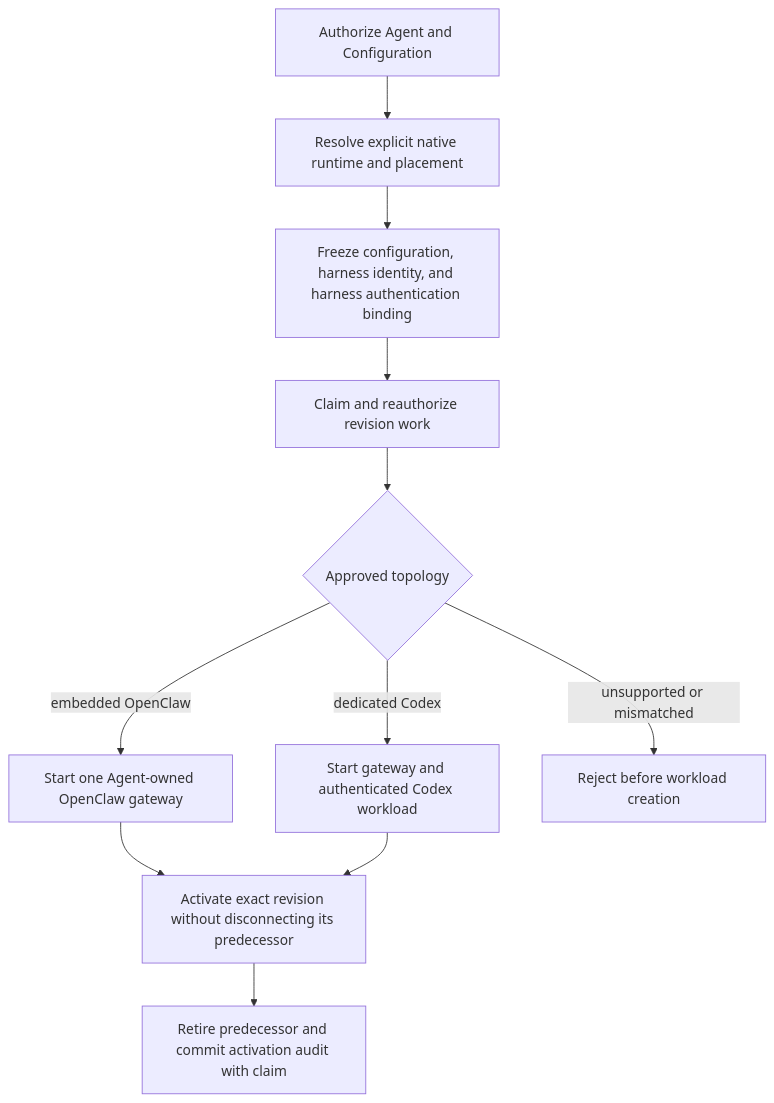
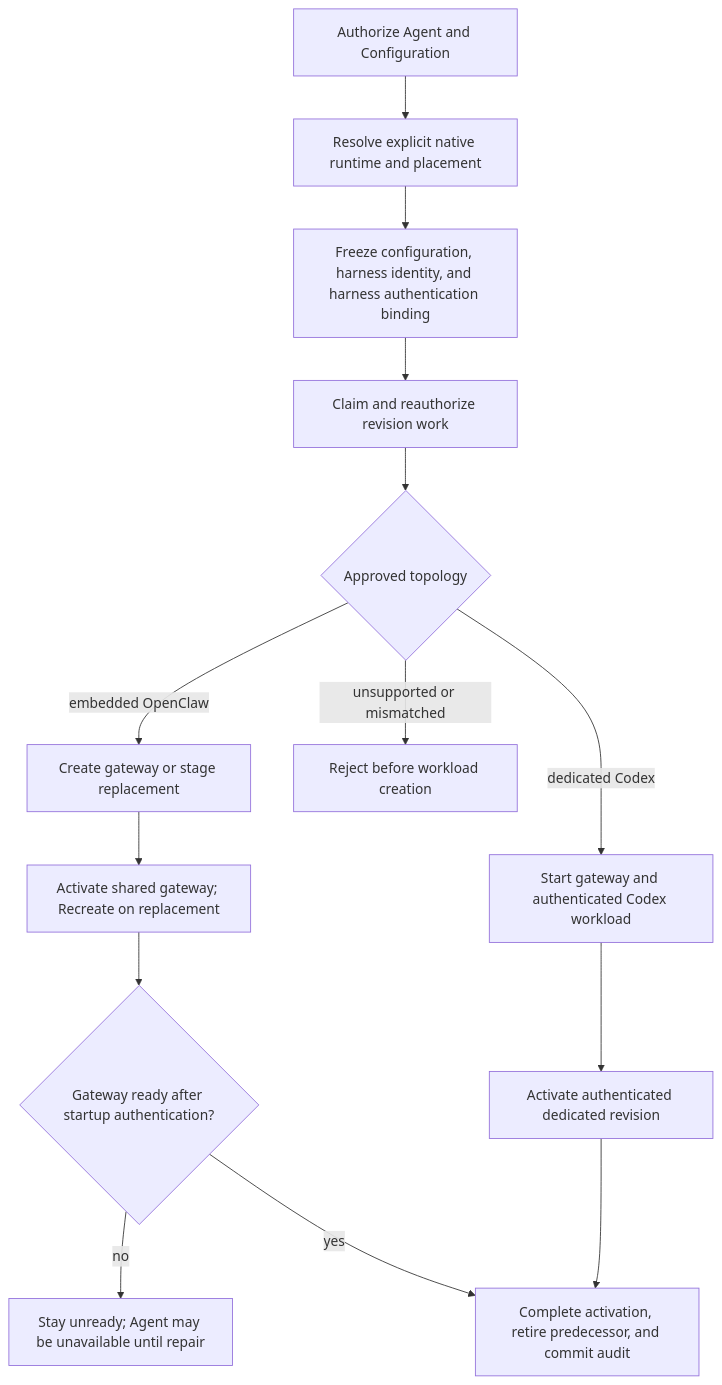
The diagram in docs/flows/harness-execution-topology.md (IsaiahStapleton/openclaw-enterprise), drawn with Mermaid before and after one commit. The commit also changed other lines of this file and 8 other files, not shown here.

Commit message:
refactor: validate embedded harness auth only at gateway startup

````diff
--- a/docs/flows/harness-execution-topology.md
+++ b/docs/flows/harness-execution-topology.md
@@ -28,13 +28,16 @@
 ```mermaid
 graph TD
   A["Authorize Agent and Configuration"] --> B["Resolve explicit native runtime and placement"]
   B --> C["Freeze configuration, harness identity, and harness authentication binding"]
   C --> D["Claim and reauthorize revision work"]
   D --> E{"Approved topology"}
-  E -->|embedded OpenClaw| F["Start one Agent-owned OpenClaw gateway"]
+  E -->|embedded OpenClaw| F["Create gateway or stage replacement"]
   E -->|dedicated Codex| G["Start gateway and authenticated Codex workload"]
   E -->|unsupported or mismatched| H["Reject before workload creation"]
-  F --> I["Activate exact revision without disconnecting its predecessor"]
-  G --> I
-  I --> J["Retire predecessor and commit activation audit with claim"]
+  F --> I["Activate shared gateway; Recreate on replacement"]
+  I --> K{"Gateway ready after startup authentication?"}
+  K -->|no| L["Stay unready; Agent may be unavailable until repair"]
+  K -->|yes| J["Complete activation, retire predecessor, and commit audit"]
+  G --> M["Activate authenticated dedicated revision"]
+  M --> J
 ```
````
